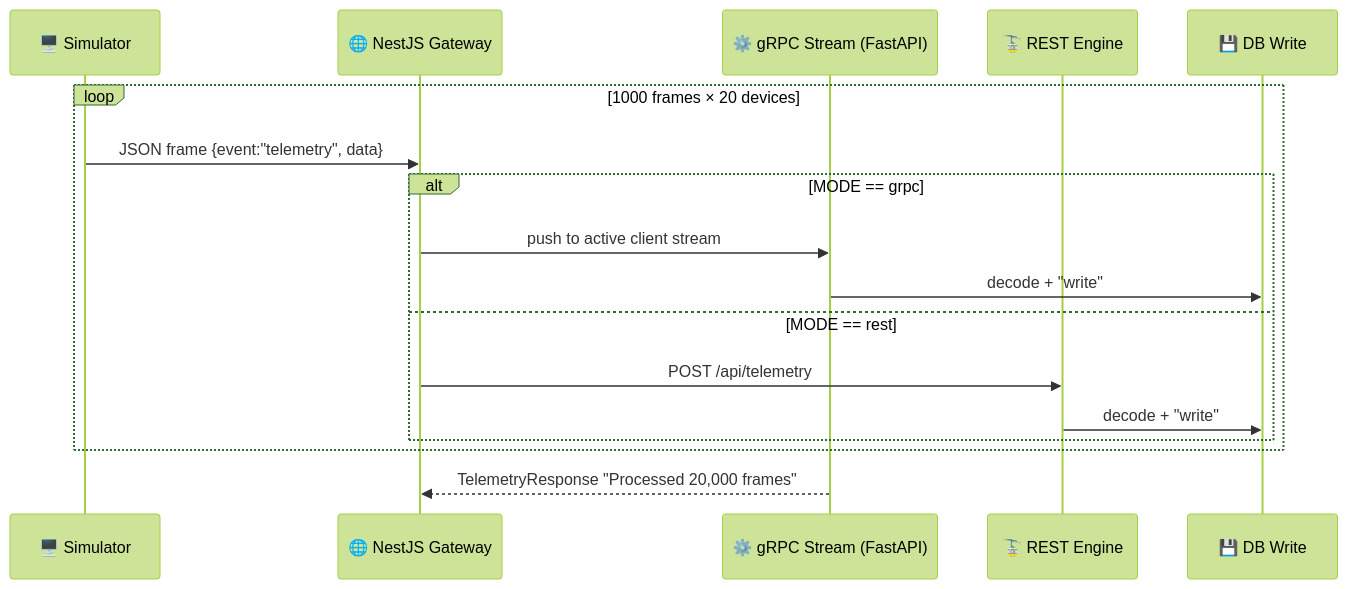
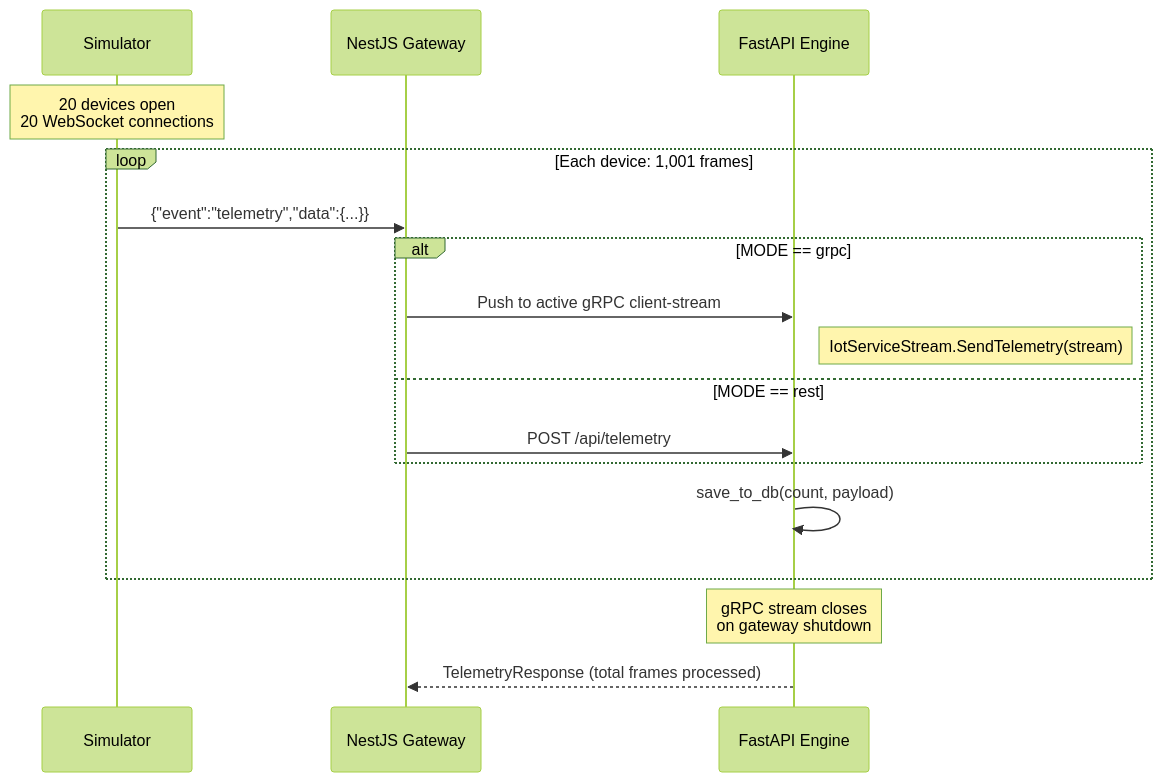
Before and after one commit to Phat-pham99/gRPC-demo: the second of 2 diagrams in README.md, drawn with Mermaid (forest theme). The commit also changed other lines of this file, not shown here.

````diff
--- a/README.md
+++ b/README.md
@@ -121,20 +131,24 @@
 ```mermaid
 sequenceDiagram
-    participant Sim as 🖥️ Simulator
-    participant WS as 🌐 NestJS Gateway
-    participant GRPC as ⚙️ gRPC Stream (FastAPI)
-    participant REST as 🚡 REST Engine
-    participant DB as 💾 DB Write
+    participant Sim as Simulator
+    participant WS as NestJS Gateway
+    participant Engine as FastAPI Engine
 
-    loop 1000 frames × 20 devices
-        Sim->>WS: JSON frame {event:"telemetry", data}
+    Note over Sim: 20 devices open<br/>20 WebSocket connections
+
+    loop Each device: 1,001 frames
+        Sim->>WS: {"event":"telemetry","data":{...}}
+
         alt MODE == grpc
-            WS->>GRPC: push to active client stream
-            GRPC->>DB: decode + "write"
+            WS->>Engine: Push to active gRPC client-stream
+            Note right of Engine: IotServiceStream.SendTelemetry(stream)
         else MODE == rest
-            WS->>REST: POST /api/telemetry
-            REST->>DB: decode + "write"
+            WS->>Engine: POST /api/telemetry
         end
+
+        Engine->>Engine: save_to_db(count, payload)
     end
-    GRPC-->>WS: TelemetryResponse "Processed 20,000 frames"
+
+    Note over Engine: gRPC stream closes<br/>on gateway shutdown
+    Engine-->>WS: TelemetryResponse (total frames processed)
 ```
````
